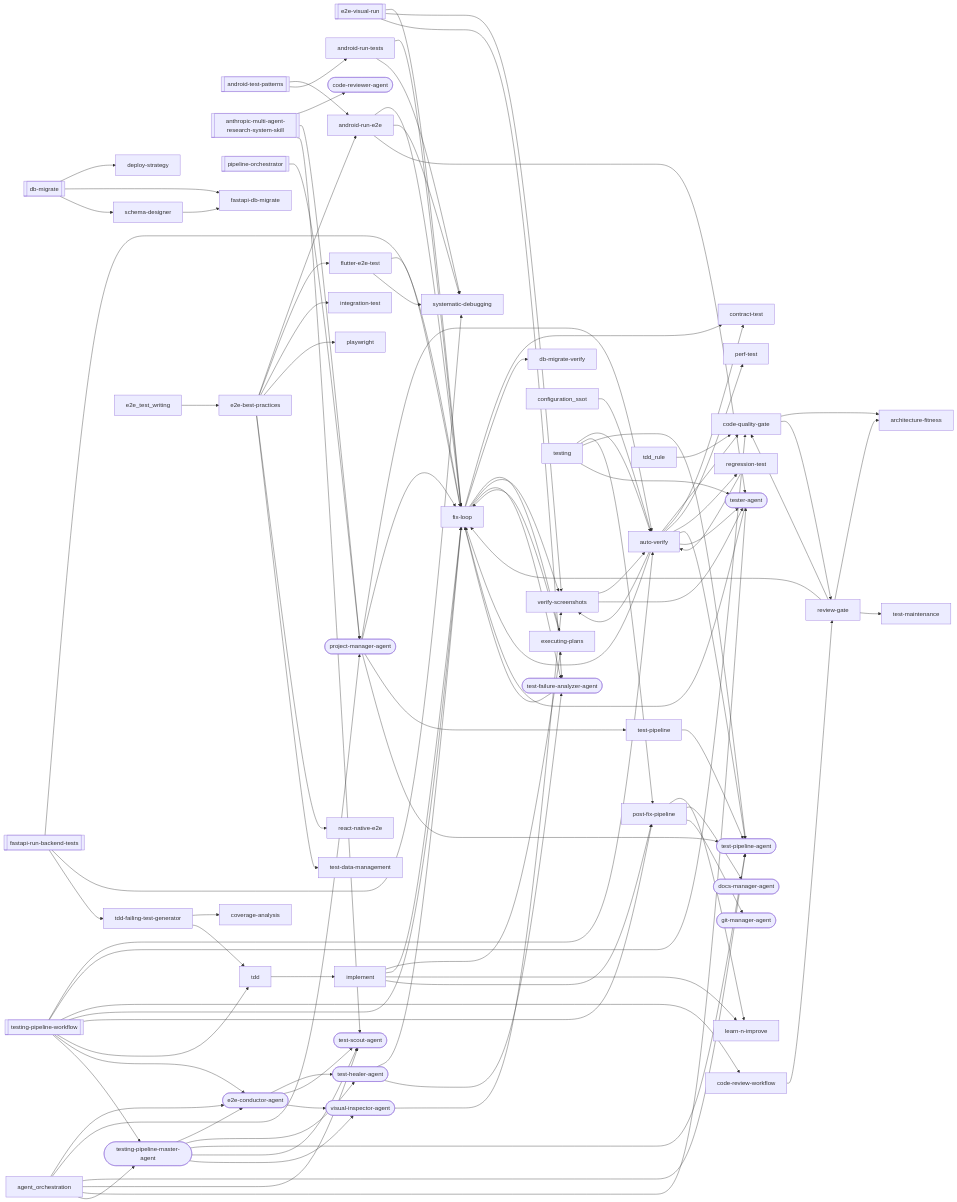
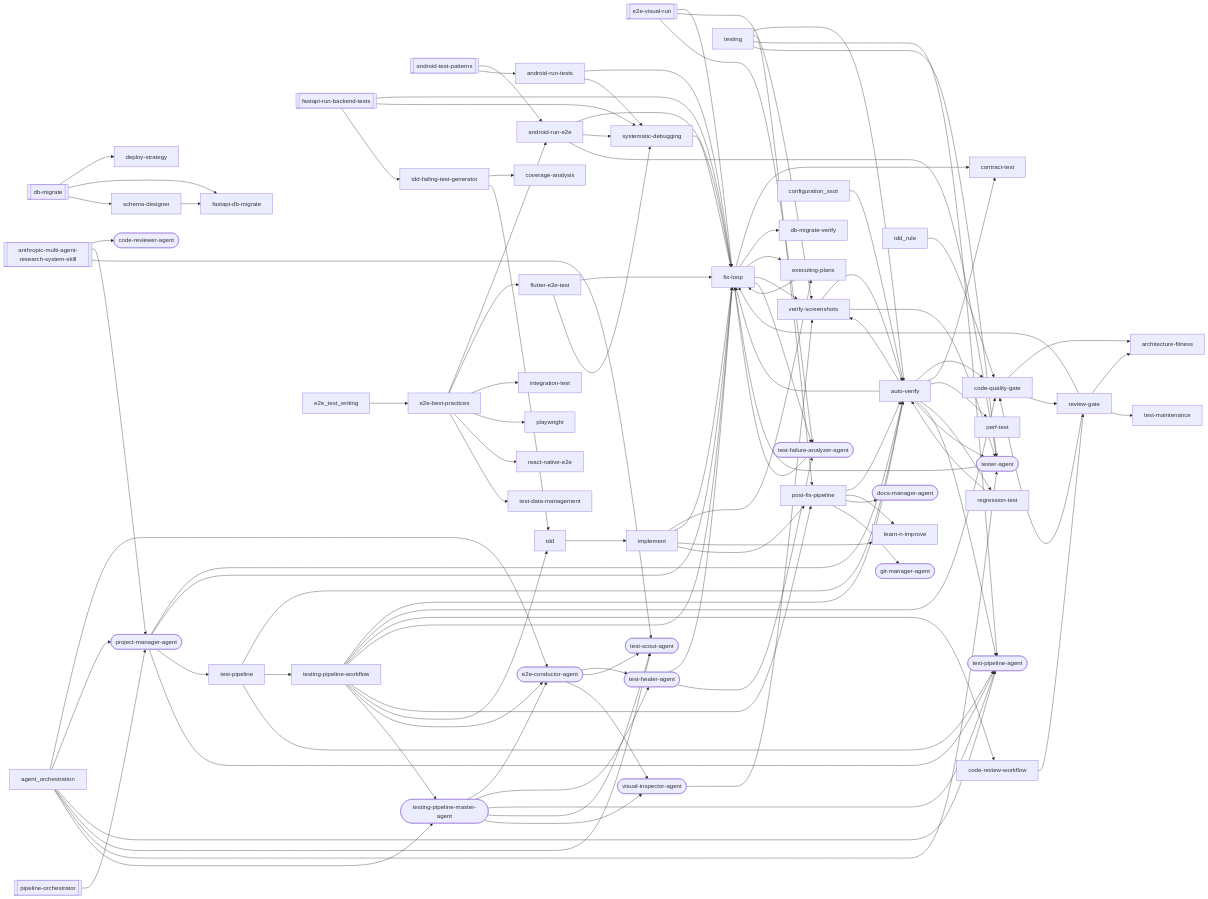
The second of 48 diagrams in docs/workflows/testing-pipeline.md (abhayla/claude-best-practices), drawn with Mermaid before and after one commit. The commit also changed other lines of this file and 12 other files, not shown here.

```diff
--- a/docs/workflows/testing-pipeline.md
+++ b/docs/workflows/testing-pipeline.md
@@ -241,7 +245,6 @@
     e2e_visual_run[["e2e-visual-run"]]
     fastapi_run_backend_tests[["fastapi-run-backend-tests"]]
     pipeline_orchestrator[["pipeline-orchestrator"]]
-    testing_pipeline_workflow[["testing-pipeline-workflow"]]
     android_run_e2e["android-run-e2e"]
     android_run_tests["android-run-tests"]
     architecture_fitness["architecture-fitness"]
@@ -284,6 +287,7 @@
     test_scout_agent(["test-scout-agent"])
     tester_agent(["tester-agent"])
     testing_pipeline_master_agent(["testing-pipeline-master-agent"])
+    testing_pipeline_workflow["testing-pipeline-workflow"]
     verify_screenshots["verify-screenshots"]
     visual_inspector_agent(["visual-inspector-agent"])
     android_run_e2e --> fix_loop
@@ -335,6 +339,7 @@
     implement --> learn_n_improve
     implement --> post_fix_pipeline
     pipeline_orchestrator --> project_manager_agent
+    post_fix_pipeline --> auto_verify
     post_fix_pipeline --> learn_n_improve
     post_fix_pipeline --> docs_manager_agent
     post_fix_pipeline --> git_manager_agent
@@ -344,9 +349,12 @@
     review_gate --> fix_loop
     review_gate --> test_maintenance
     schema_designer --> fastapi_db_migrate
+    systematic_debugging --> fix_loop
     tdd --> implement
     tdd_failing_test_generator --> coverage_analysis
     tdd_failing_test_generator --> tdd
+    test_pipeline --> auto_verify
+    test_pipeline --> testing_pipeline_workflow
     test_pipeline --> test_pipeline_agent
     testing_pipeline_workflow --> auto_verify
     testing_pipeline_workflow --> code_quality_gate
```
